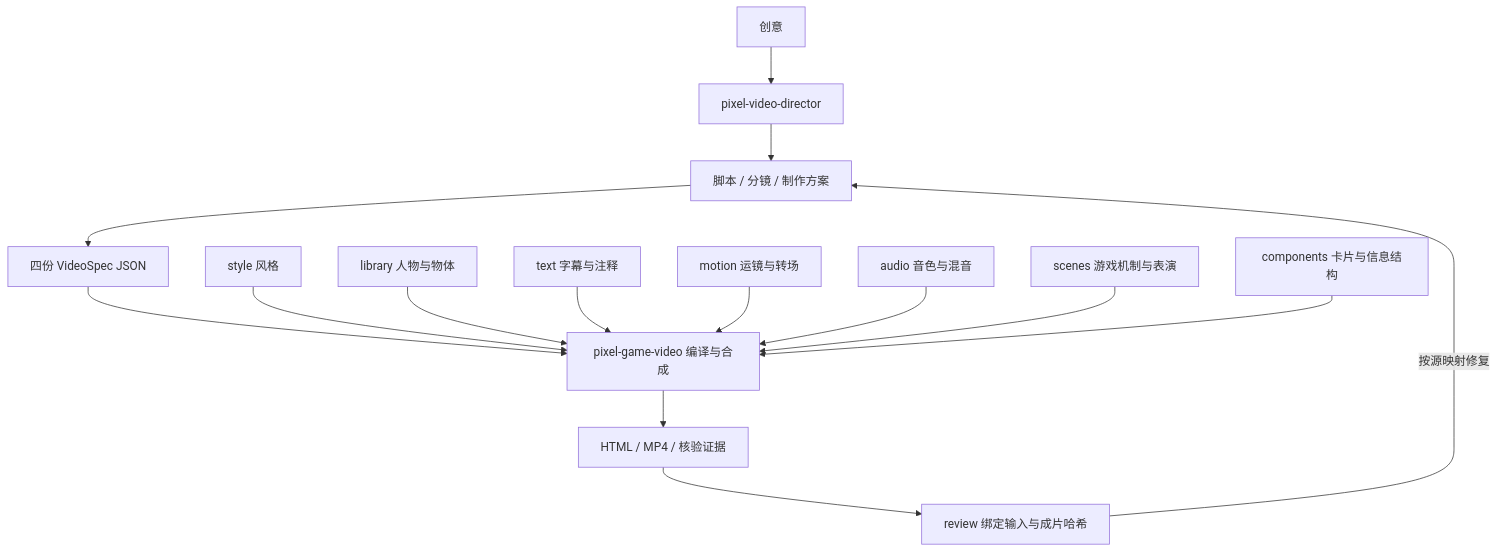
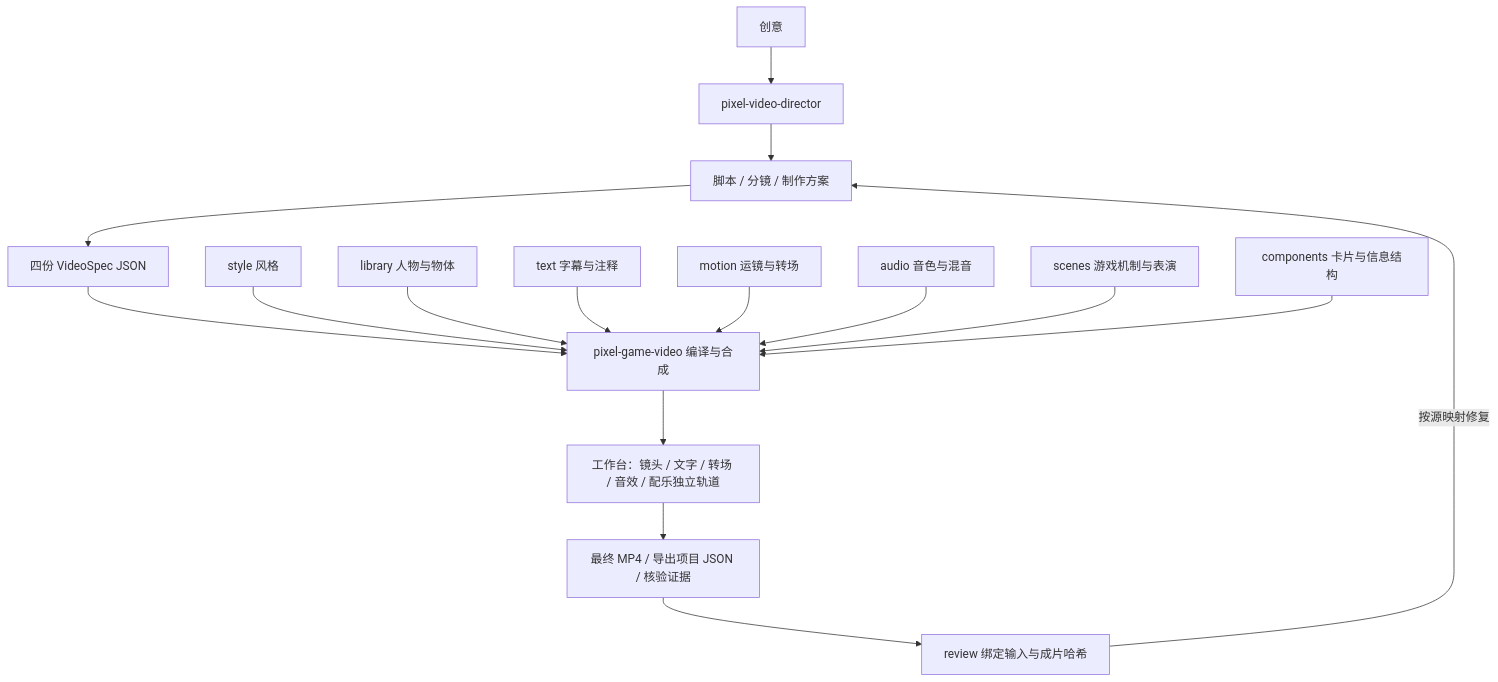
Before and after one commit to Xiong-YH/codex-skills: the diagram in README.md, drawn with Mermaid. The commit also changed other lines of this file and 51 other files, not shown here.

````diff
--- a/README.md
+++ b/README.md
@@ -14,17 +14,18 @@
 ```mermaid
 flowchart TD
     I[创意] --> D[pixel-video-director]
     D --> S[脚本 / 分镜 / 制作方案]
     S --> V[四份 VideoSpec JSON]
     V --> F[pixel-game-video 编译与合成]
     ST[style 风格] --> F
     L[library 人物与物体] --> F
     T[text 字幕与注释] --> F
     M[motion 运镜与转场] --> F
     A[audio 音色与混音] --> F
     SC[scenes 游戏机制与表演] --> F
     C[components 卡片与信息结构] --> F
-    F --> O[HTML / MP4 / 核验证据]
+    F --> W[工作台：镜头 / 文字 / 转场 / 音效 / 配乐独立轨道]
+    W --> O[最终 MP4 / 导出项目 JSON / 核验证据]
     O --> R[review 绑定输入与成片哈希]
     R -->|按源映射修复| S
 ```
````
